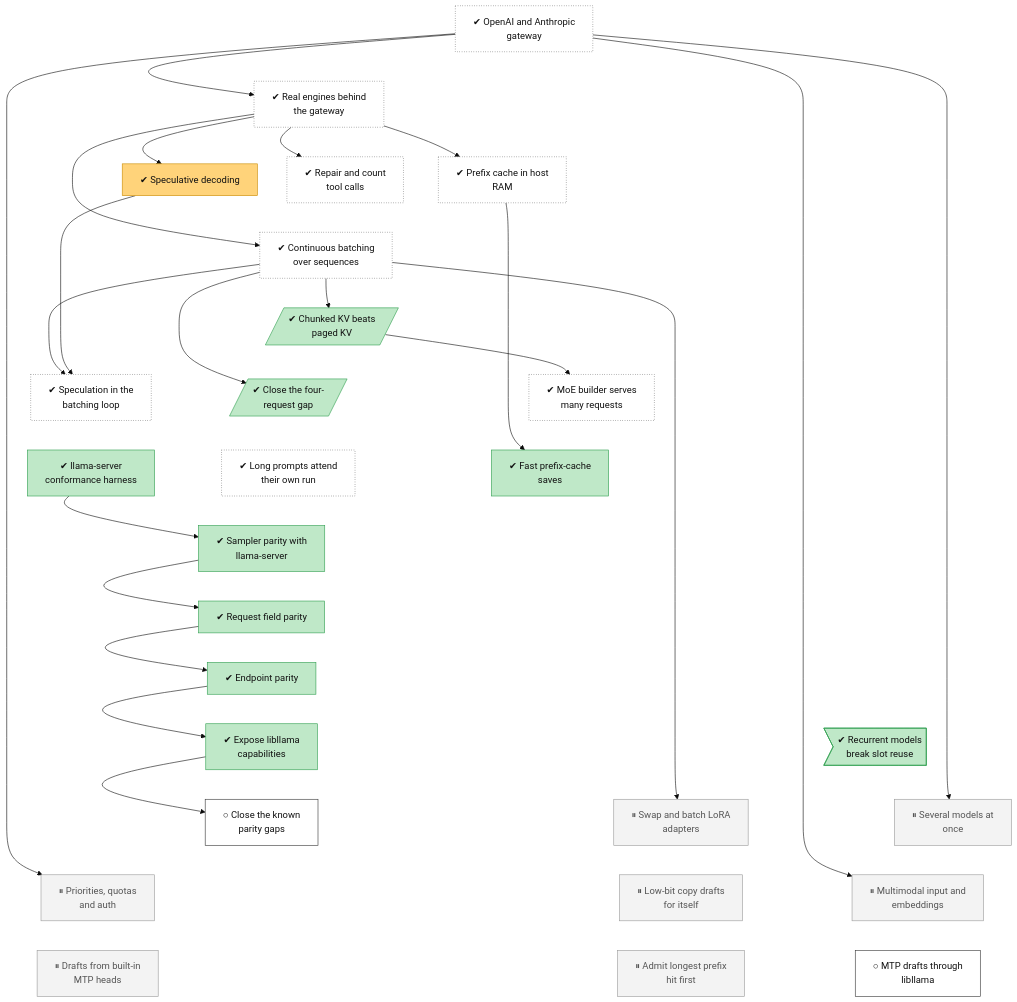
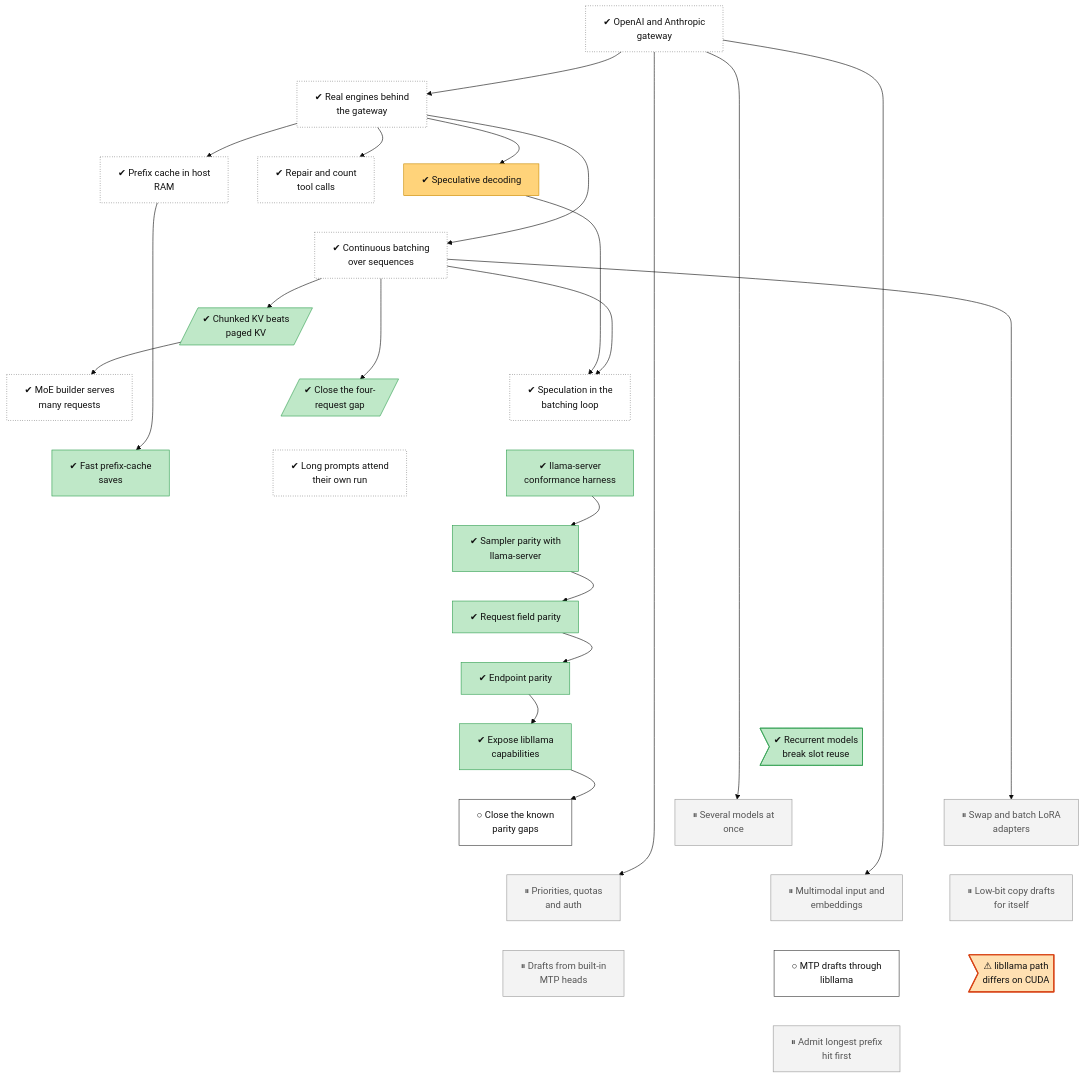
The diagram in docs/roadmap/tracks/serving.md (lhns/tetraeder), drawn with Mermaid (base theme) before and after one commit. The commit also changed other lines of this file and 3 other files, not shown here.

Commit message:
Tree: defect serving-cuda-parity (4 libllama cases differ on CUDA, logprobs vary between runs; regression-gate-20261123) (not measured)

````diff
--- a/docs/roadmap/tracks/serving.md
+++ b/docs/roadmap/tracks/serving.md
@@ -35,6 +35,7 @@
     serving_self_spec["⏸ Low-bit copy drafts<br/>for itself"]
     serving_mtp_drafts["⏸ Drafts from built-in<br/>MTP heads"]
     serving_mtp_libllama["○ MTP drafts through<br/>libllama"]
+    serving_cuda_parity>"⚠ libllama path<br/>differs on CUDA"]
     serving_prefix_first["⏸ Admit longest prefix<br/>hit first"]
     serving_gateway ~~~ serving_real_engines
     serving_real_engines ~~~ serving_prefix_cache
@@ -65,7 +66,10 @@
     serving_multi_lora ~~~ serving_self_spec
     serving_auth_quotas ~~~ serving_mtp_drafts
     serving_multimodal ~~~ serving_mtp_libllama
-    serving_self_spec ~~~ serving_prefix_first
+    serving_self_spec ~~~ serving_cuda_parity
+    serving_mtp_drafts ~~~ serving_prefix_first
+    serving_mtp_libllama ~~~ serving_prefix_first
+    serving_cuda_parity ~~~ serving_prefix_first
     serving_gateway --> serving_real_engines
     serving_real_engines --> serving_prefix_cache
     serving_real_engines --> serving_speculative
@@ -105,4 +109,5 @@
     class serving_kv_layout,serving_c4_gap,serving_prefix_save,serving_parity_harness,serving_parity_sampling,serving_parity_fields,serving_parity_endpoints,serving_parity_libllama,serving_recurrent_reuse succ
     class serving_parity_remaining,serving_mtp_libllama next
     class serving_multi_model,serving_multi_lora,serving_auth_quotas,serving_multimodal,serving_self_spec,serving_mtp_drafts,serving_prefix_first parked
+    class serving_cuda_parity finding
 ```
````
